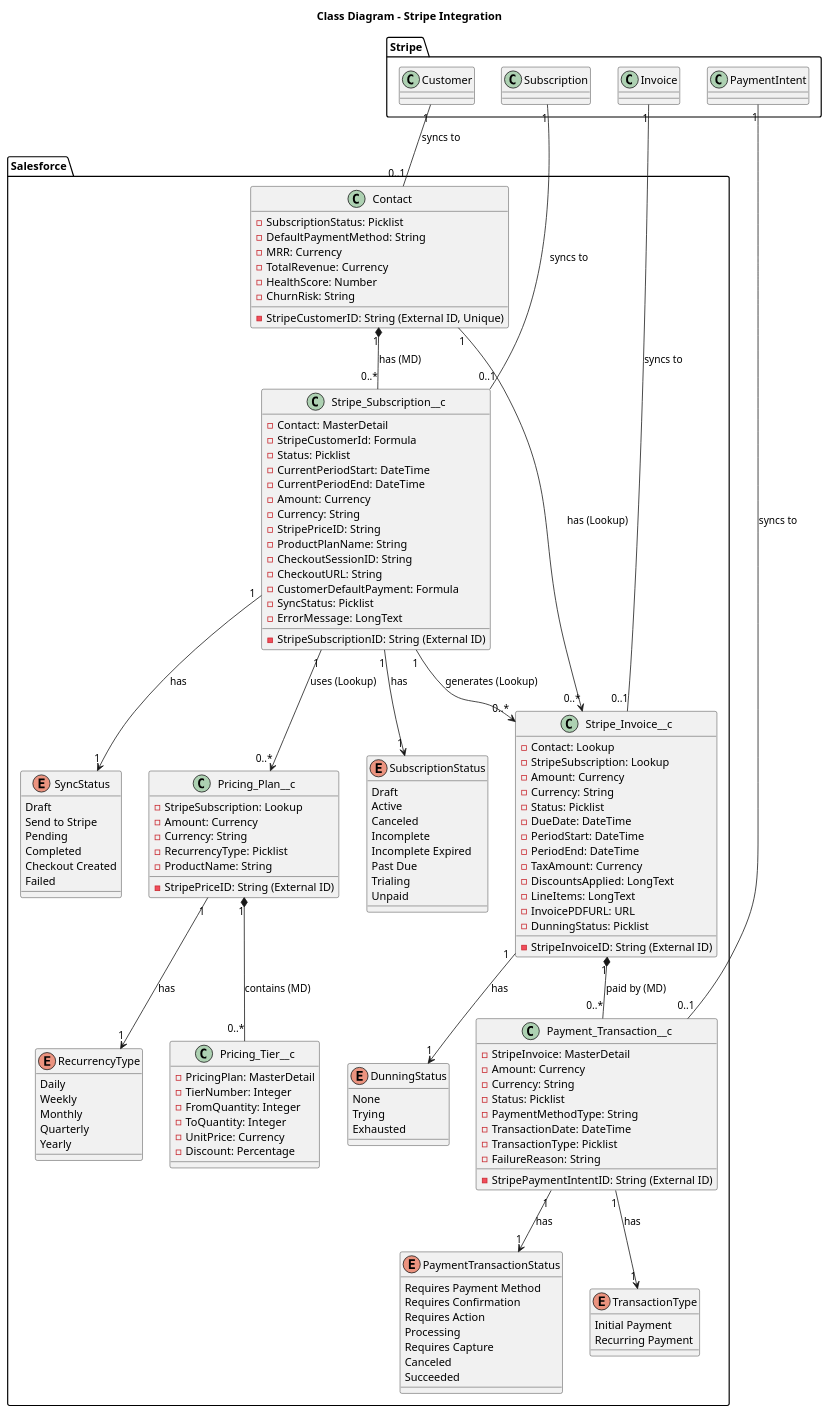
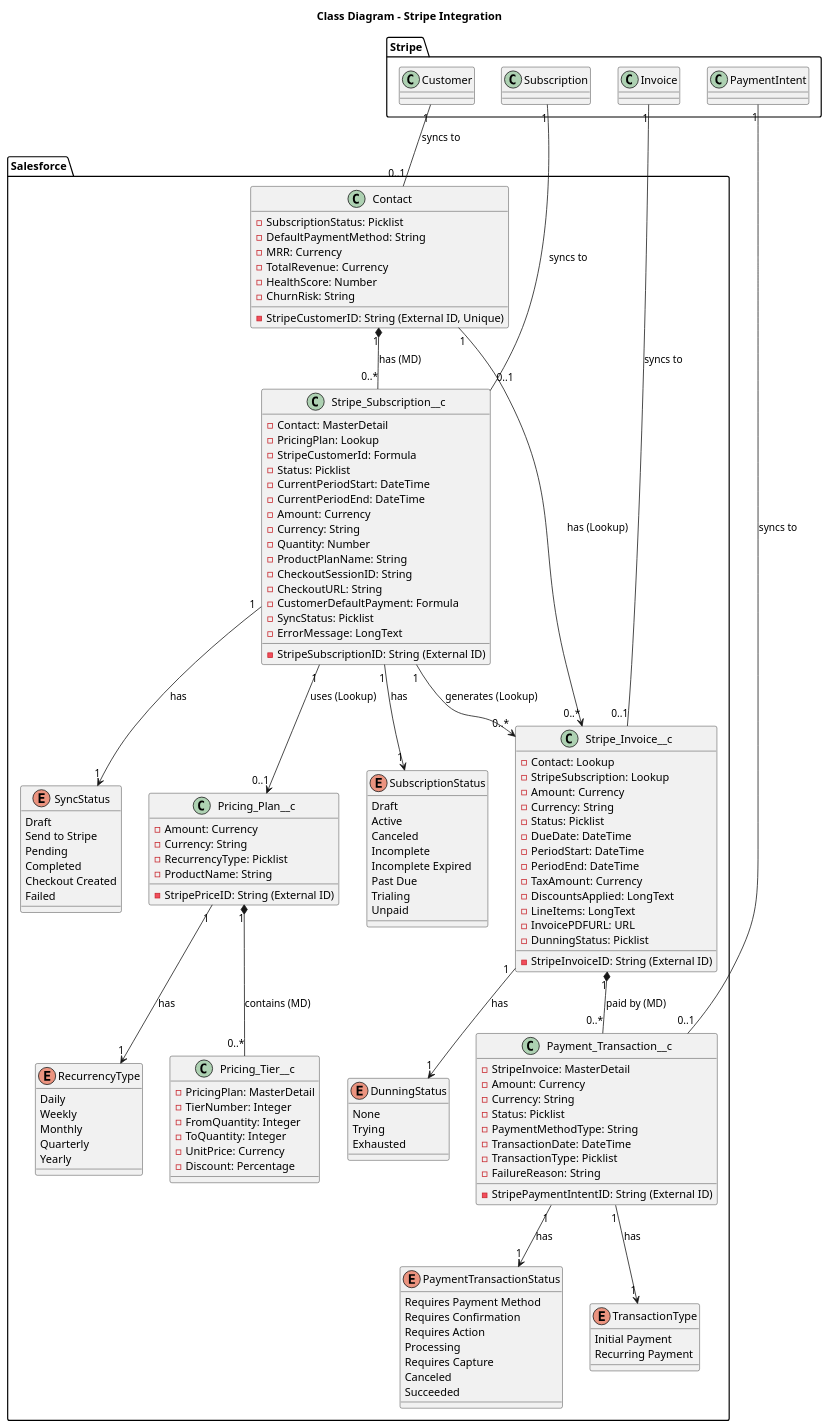
One commit to Cloud-Code-Academy/salesforce-stripe-payment-processing-mtb changed the diagram in diagrams/dataModel.puml. Above: the diagram before and after it, drawn with PlantUML. The commit also changed 29 other files, not shown here.

Commit message:
feature: pricing plan/pricing tier

```diff
--- a/diagrams/dataModel.puml
+++ b/diagrams/dataModel.puml
@@ -1,158 +1,158 @@
 @startuml Class Diagram
 
 title Class Diagram - Stripe Integration
 
 package Stripe{
     class Customer
     class Subscription
     class PaymentIntent
     class Invoice
 }
 
 package Salesforce {
     class Contact {
         - StripeCustomerID: String (External ID, Unique)
         - SubscriptionStatus: Picklist
         - DefaultPaymentMethod: String
         - MRR: Currency
         - TotalRevenue: Currency
         - HealthScore: Number
         - ChurnRisk: String
     }
 
     class Stripe_Subscription__c {
         - StripeSubscriptionID: String (External ID)
         - Contact: MasterDetail
+        - PricingPlan: Lookup
         - StripeCustomerId: Formula
         - Status: Picklist
         - CurrentPeriodStart: DateTime
         - CurrentPeriodEnd: DateTime
         - Amount: Currency
         - Currency: String
-        - StripePriceID: String
+        - Quantity: Number
         - ProductPlanName: String
         - CheckoutSessionID: String
         - CheckoutURL: String
         - CustomerDefaultPayment: Formula
         - SyncStatus: Picklist
         - ErrorMessage: LongText
     }
 
     class Stripe_Invoice__c {
         - StripeInvoiceID: String (External ID)
         - Contact: Lookup
         - StripeSubscription: Lookup
         - Amount: Currency
         - Currency: String
         - Status: Picklist
         - DueDate: DateTime
         - PeriodStart: DateTime
         - PeriodEnd: DateTime
         - TaxAmount: Currency
         - DiscountsApplied: LongText
         - LineItems: LongText
         - InvoicePDFURL: URL
         - DunningStatus: Picklist
     }
 
     class Payment_Transaction__c {
         - StripePaymentIntentID: String (External ID)
         - StripeInvoice: MasterDetail
         - Amount: Currency
         - Currency: String
         - Status: Picklist
         - PaymentMethodType: String
         - TransactionDate: DateTime
         - TransactionType: Picklist
         - FailureReason: String
     }
 
     class Pricing_Plan__c {
         - StripePriceID: String (External ID)
-        - StripeSubscription: Lookup
         - Amount: Currency
         - Currency: String
         - RecurrencyType: Picklist
         - ProductName: String
     }
 
     enum RecurrencyType {
         Daily
         Weekly
         Monthly
         Quarterly
         Yearly
     }
 
     class Pricing_Tier__c {
         - PricingPlan: MasterDetail
         - TierNumber: Integer
         - FromQuantity: Integer
         - ToQuantity: Integer
         - UnitPrice: Currency
         - Discount: Percentage
     }
 
     enum SubscriptionStatus {
         Draft
         Active
         Canceled
         Incomplete
         Incomplete Expired
         Past Due
         Trialing
         Unpaid
     }
 
     enum DunningStatus {
         None
         Trying
         Exhausted
     }
 
     enum PaymentTransactionStatus {
         Requires Payment Method
         Requires Confirmation
         Requires Action
         Processing
         Requires Capture
         Canceled
         Succeeded
     }
 
     enum TransactionType {
         Initial Payment
         Recurring Payment
     }
 
     enum SyncStatus {
         Draft
         Send to Stripe
         Pending
         Completed
         Checkout Created
         Failed
     }
 }
 
 ' Stripe to Salesforce sync relationships
 Customer "1" -- "0..1" Contact : syncs to
 Subscription "1" -- "0..1" Stripe_Subscription__c : syncs to
 PaymentIntent "1" -- "0..1" Payment_Transaction__c : syncs to
 Invoice "1" -- "0..1" Stripe_Invoice__c : syncs to
 
 ' Salesforce object relationships
 Contact "1" *-- "0..*" Stripe_Subscription__c : has (MD)
 Contact "1" --> "0..*" Stripe_Invoice__c : has (Lookup)
 Stripe_Subscription__c "1" --> "0..*" Stripe_Invoice__c : generates (Lookup)
-Stripe_Subscription__c "1" --> "0..*" Pricing_Plan__c : uses (Lookup)
+Stripe_Subscription__c "1" --> "0..1" Pricing_Plan__c : uses (Lookup)
 Stripe_Invoice__c "1" *-- "0..*" Payment_Transaction__c : paid by (MD)
 Stripe_Invoice__c "1" --> "1" DunningStatus : has
 Stripe_Subscription__c "1" --> "1" SubscriptionStatus : has
 Stripe_Subscription__c "1" --> "1" SyncStatus : has
 Payment_Transaction__c "1" --> "1" PaymentTransactionStatus : has
 Payment_Transaction__c "1" --> "1" TransactionType : has
 Pricing_Plan__c "1" --> "1" RecurrencyType : has
 Pricing_Plan__c "1" *-- "0..*" Pricing_Tier__c : contains (MD)
 
 @enduml
```
